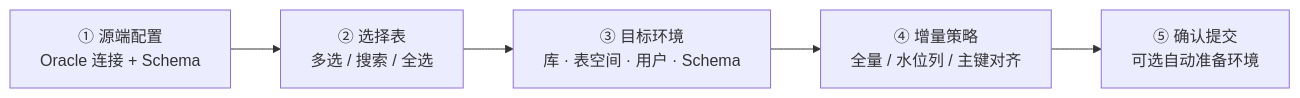
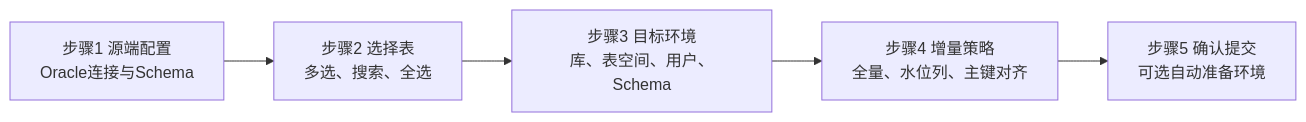
Before and after one commit to hayratjan/oracle2polardb_pg: the second of 5 diagrams in README.md, drawn with Mermaid. The commit also changed other lines of this file and 5 other files, not shown here.

First line of the commit message:
docs: 美化 README 文档并修复 Mermaid 10.9.3 语法兼容性

````diff
--- a/README.md
+++ b/README.md
@@ -125,9 +230,9 @@
 ```mermaid
 flowchart LR
-  S1["① 源端配置<br/>Oracle 连接 + Schema"]
-  S2["② 选择表<br/>多选 / 搜索 / 全选"]
-  S3["③ 目标环境<br/>库 · 表空间 · 用户 · Schema"]
-  S4["④ 增量策略<br/>全量 / 水位列 / 主键对齐"]
-  S5["⑤ 确认提交<br/>可选自动准备环境"]
+  S1["步骤1 源端配置<br>Oracle连接与Schema"]
+  S2["步骤2 选择表<br>多选、搜索、全选"]
+  S3["步骤3 目标环境<br>库、表空间、用户、Schema"]
+  S4["步骤4 增量策略<br>全量、水位列、主键对齐"]
+  S5["步骤5 确认提交<br>可选自动准备环境"]
   S1 --> S2 --> S3 --> S4 --> S5
 ```
````
